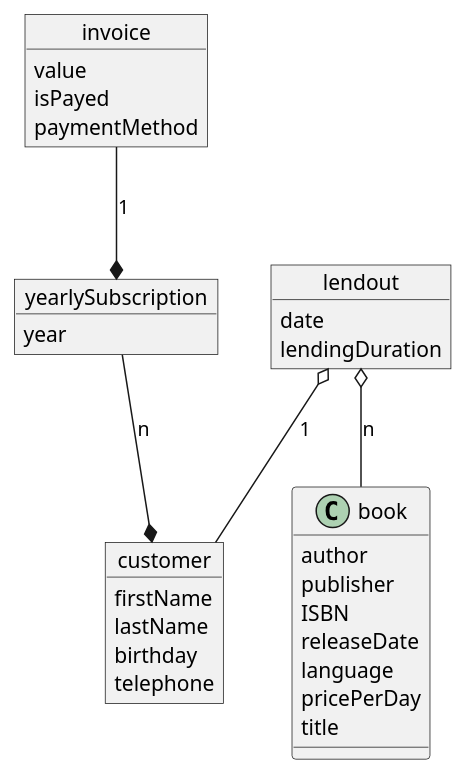
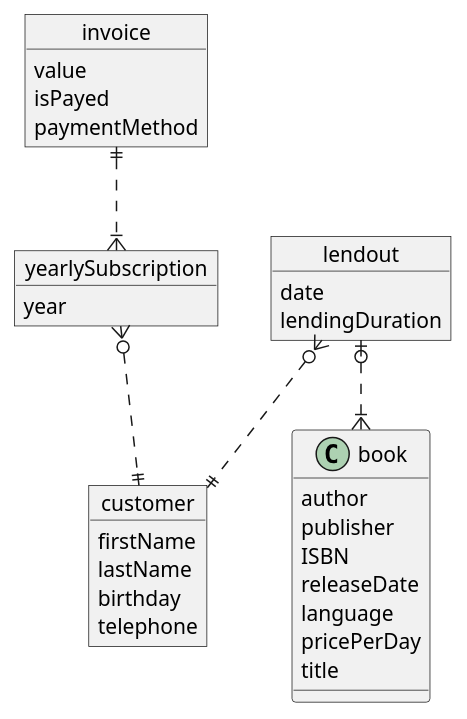
The diagram in iuml/rest-library-2.iuml (Zeno-Paukner/htl), drawn with PlantUML before and after one commit. The commit also changed 5 other files, not shown here.

```diff
--- a/iuml/rest-library-2.iuml
+++ b/iuml/rest-library-2.iuml
@@ -1,41 +1,41 @@
 @startuml
 
 object customer {
     firstName
     lastName
     birthday
     telephone
 }
 
 object yearlySubscription {
     year
 }
 
 object invoice {
     value
     isPayed
     paymentMethod
 }
 
-yearlySubscription --* customer : n
-invoice --* yearlySubscription : 1
-
 object lendout {
     date
     lendingDuration
 }
 
-lendout o-- customer : 1
-lendout o-- book : n
+yearlySubscription }o..|| customer
+invoice ||..|{ yearlySubscription
+
+lendout }o..|| customer
+lendout |o..|{ book
 
 object book {
     author
     publisher
     ISBN
     releaseDate
     language
     pricePerDay
     title
 }
 
 @enduml
```
